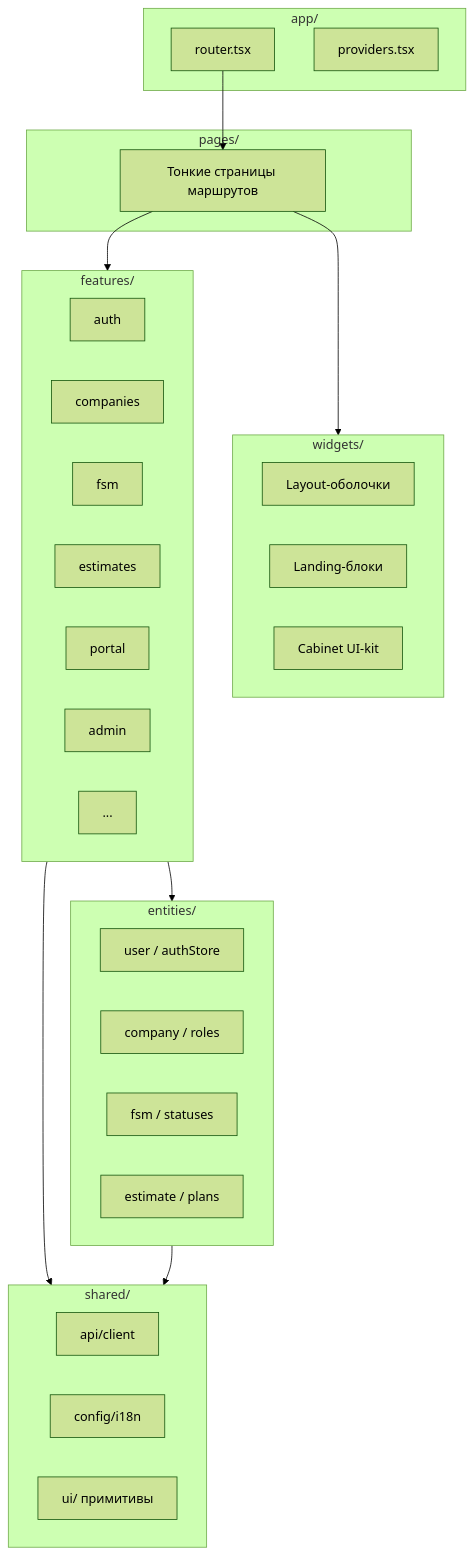
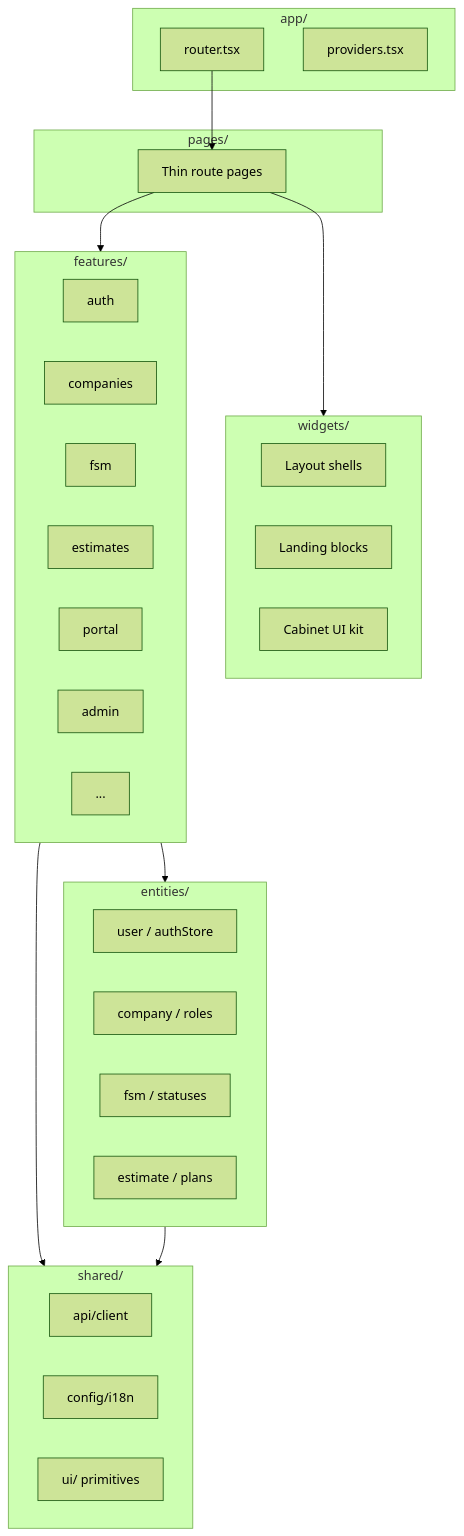
Before and after one commit to 1GoodCod1/companii-web: the second of 11 diagrams in README.md, drawn with Mermaid (forest theme). The commit also changed other lines of this file and 5 other files, not shown here.

````diff
--- a/README.md
+++ b/README.md
@@ -69,47 +71,47 @@
 ```mermaid
 flowchart TB
     subgraph app["app/"]
         ROUTER["router.tsx"]
         PROVIDERS["providers.tsx"]
     end
 
     subgraph pages["pages/"]
-        PAGE["Тонкие страницы маршрутов"]
+        PAGE["Thin route pages"]
     end
 
     subgraph widgets["widgets/"]
-        LAYOUT["Layout-оболочки"]
-        LANDING["Landing-блоки"]
-        CABINET["Cabinet UI-kit"]
+        LAYOUT["Layout shells"]
+        LANDING["Landing blocks"]
+        CABINET["Cabinet UI kit"]
     end
 
     subgraph features["features/"]
         F1["auth"]
         F2["companies"]
         F3["fsm"]
         F4["estimates"]
         F5["portal"]
         F6["admin"]
         F7["..."]
     end
 
     subgraph entities["entities/"]
         E1["user / authStore"]
         E2["company / roles"]
         E3["fsm / statuses"]
         E4["estimate / plans"]
     end
 
     subgraph shared["shared/"]
         API["api/client"]
         I18N["config/i18n"]
-        UI["ui/ примитивы"]
+        UI["ui/ primitives"]
     end
 
     ROUTER --> PAGE
     PAGE --> widgets
     PAGE --> features
     features --> entities
     features --> shared
     entities --> shared
 ```
````
